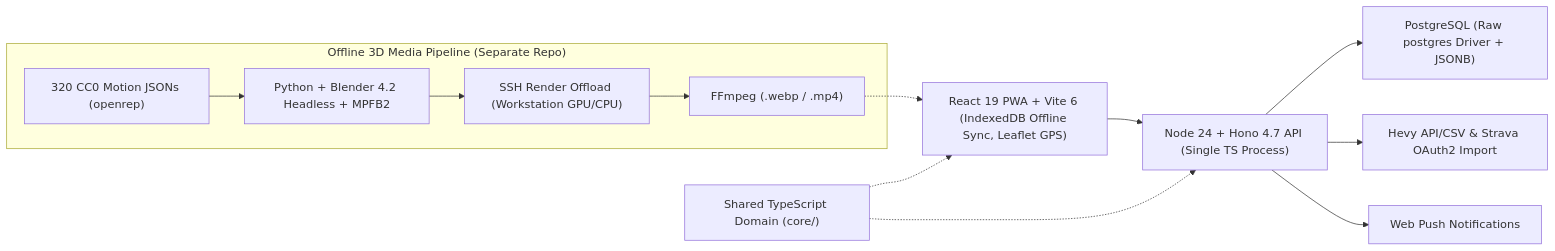
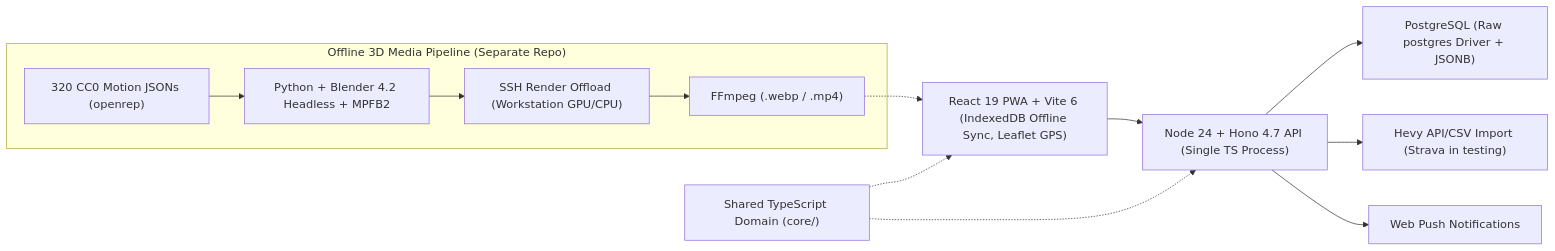
Before and after one commit to antonyandrade01/skorp-fit: the diagram in README.md, drawn with Mermaid.

Commit message:
Vitrine de arquitetura (PT/EN)

````diff
--- a/README.md
+++ b/README.md
@@ -13,15 +13,15 @@
 ```mermaid
 flowchart LR
     PWA["React 19 PWA + Vite 6 (IndexedDB Offline Sync, Leaflet GPS)"] --> API["Node 24 + Hono 4.7 API (Single TS Process)"]
     CORE["Shared TypeScript Domain (core/)"] -.-> PWA
     CORE -.-> API
     API --> PG["PostgreSQL (Raw postgres Driver + JSONB)"]
-    API --> EXT["Hevy API/CSV & Strava OAuth2 Import"]
+    API --> EXT["Hevy API/CSV Import (Strava in testing)"]
     API --> PUSH["Web Push Notifications"]
     subgraph MEDIA["Offline 3D Media Pipeline (Separate Repo)"]
         JSON["320 CC0 Motion JSONs (openrep)"] --> BL["Python + Blender 4.2 Headless + MPFB2"]
         BL --> SSH["SSH Render Offload (Workstation GPU/CPU)"]
         SSH --> FF["FFmpeg (.webp / .mp4)"]
     end
     FF -.-> PWA
 ```
````
